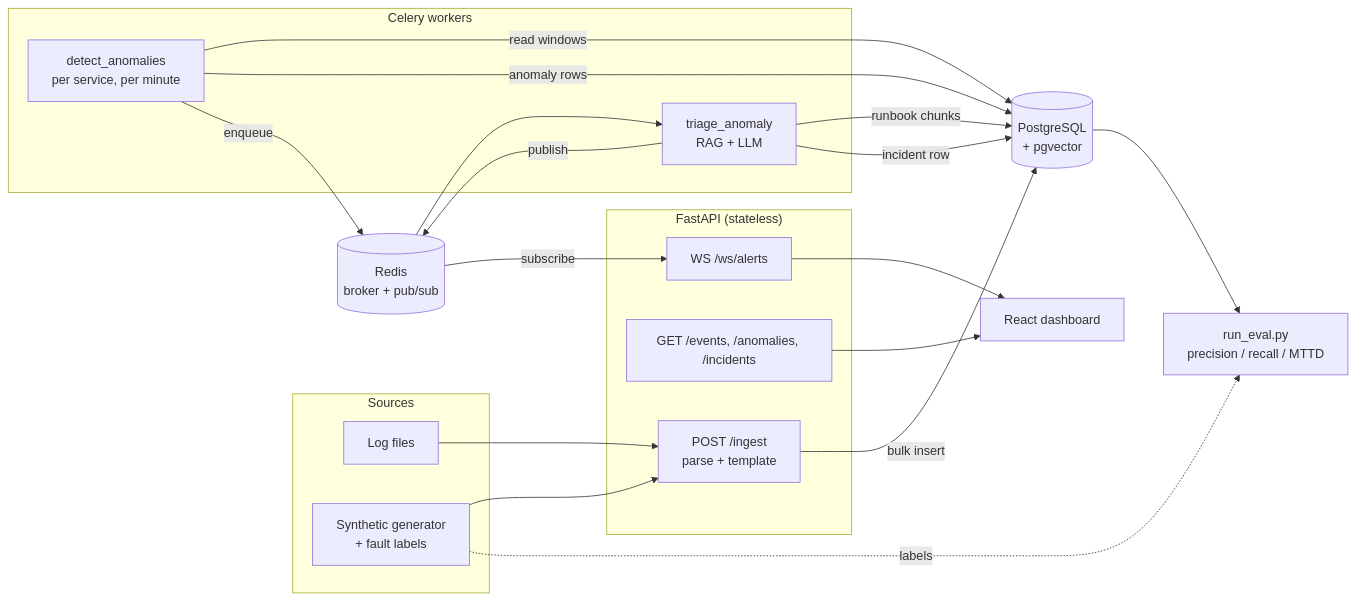
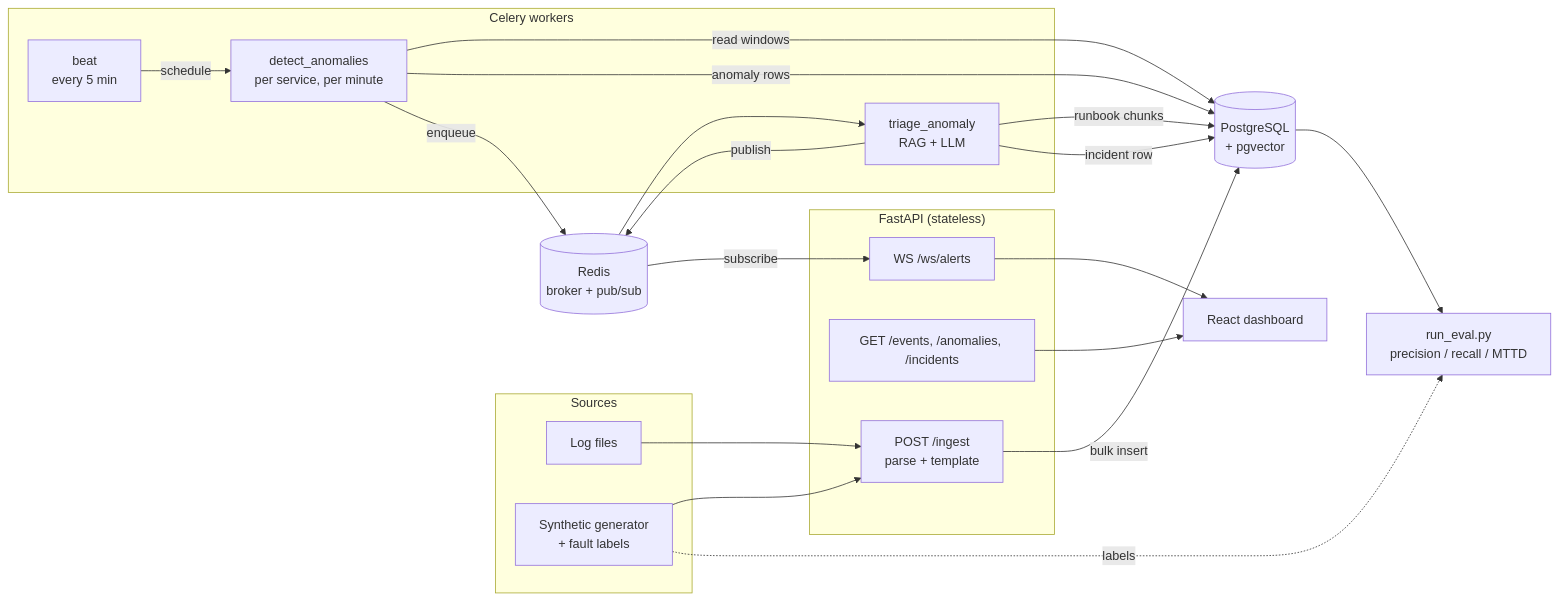
Before and after one commit to Abhishek2114/sentinel-triage: the first of 2 diagrams in docs/DESIGN.md, drawn with Mermaid. The commit also changed other lines of this file and 20 other files, not shown here.

````diff
--- a/docs/DESIGN.md
+++ b/docs/DESIGN.md
@@ -41,37 +41,39 @@
 ```mermaid
 flowchart LR
     subgraph Sources
         F["Log files"]
         G["Synthetic generator<br/>+ fault labels"]
     end
 
     subgraph API["FastAPI (stateless)"]
         I["POST /ingest<br/>parse + template"]
         Q["GET /events, /anomalies, /incidents"]
         W["WS /ws/alerts"]
     end
 
     subgraph Workers["Celery workers"]
+        B["beat<br/>every 5 min"]
         D["detect_anomalies<br/>per service, per minute"]
         T["triage_anomaly<br/>RAG + LLM"]
     end
 
     PG[("PostgreSQL<br/>+ pgvector")]
     R[("Redis<br/>broker + pub/sub")]
     UI["React dashboard"]
     E["run_eval.py<br/>precision / recall / MTTD"]
 
     F --> I
     G --> I
     I -->|bulk insert| PG
+    B -->|schedule| D
     D -->|read windows| PG
     D -->|anomaly rows| PG
     D -->|enqueue| R --> T
     T -->|runbook chunks| PG
     T -->|incident row| PG
     T -->|publish| R
     R -->|subscribe| W --> UI
     Q --> UI
     PG --> E
     G -. labels .-> E
 ```
````
